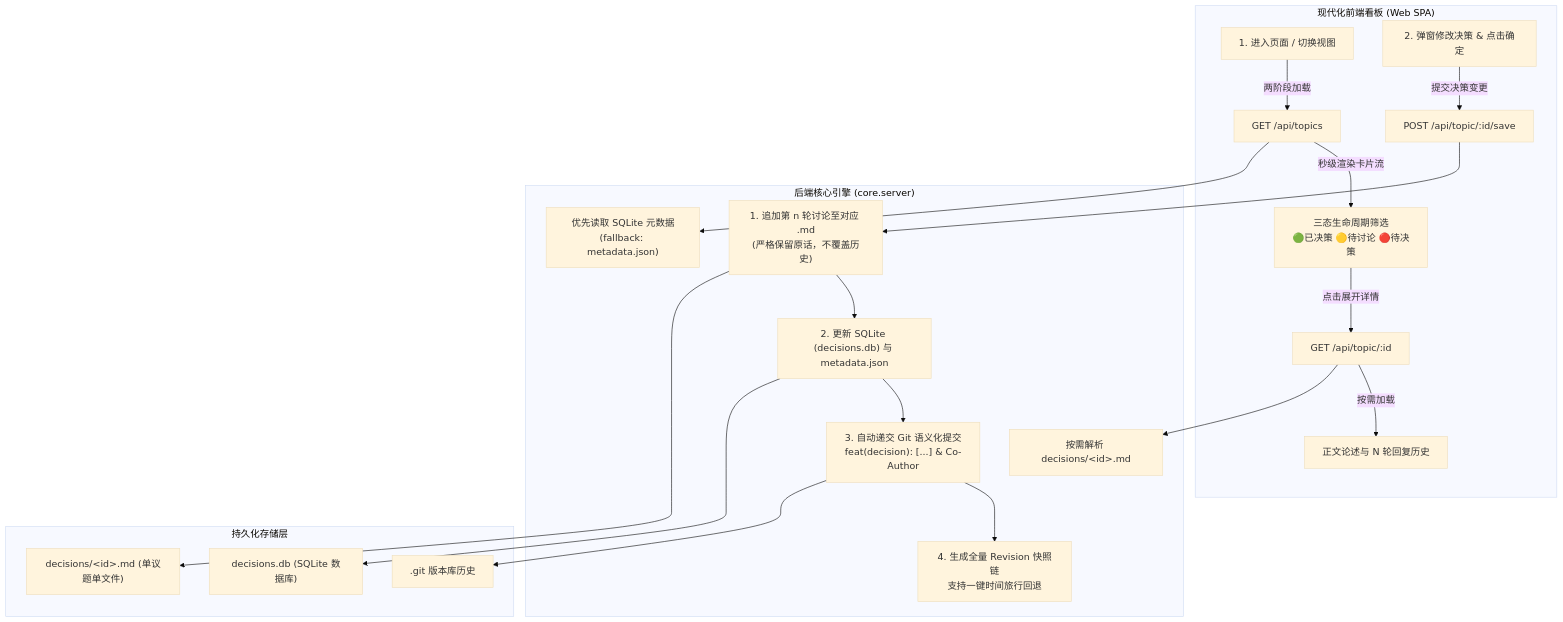
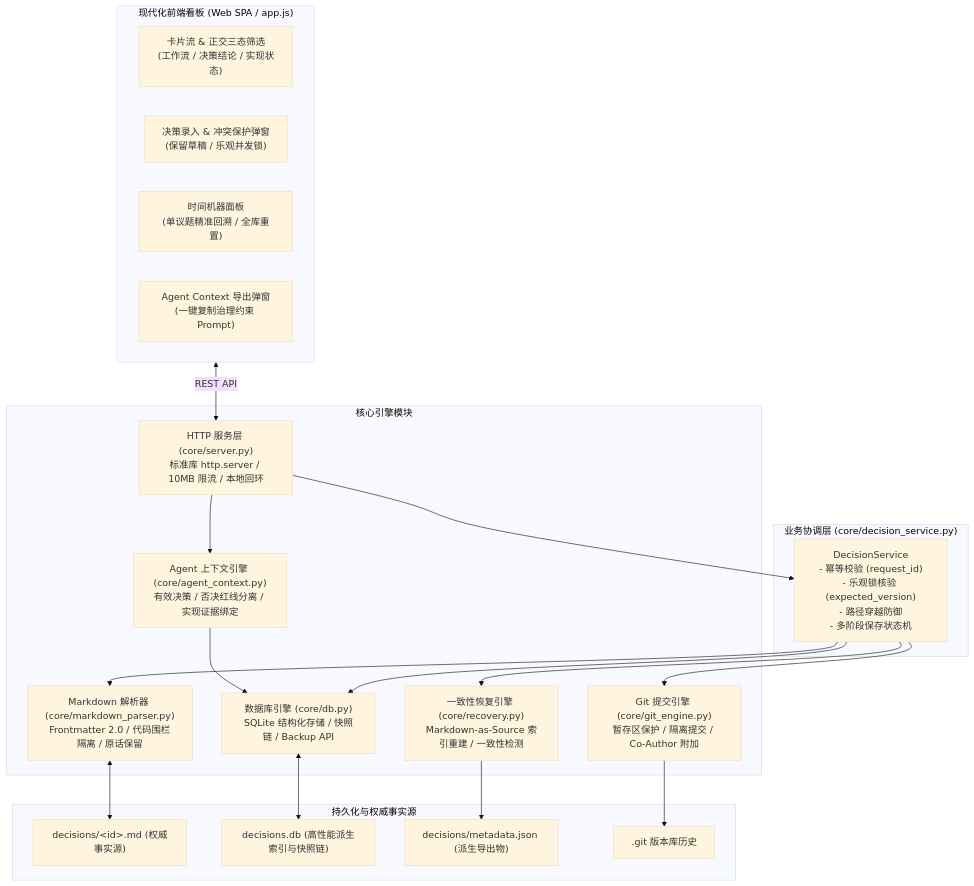
One commit to CyberNova2333/agent-decisions-dashboard changed the diagram in README.md. Above: the diagram before and after it, drawn with Mermaid (base theme). The commit also changed other lines of this file, not shown here.

First line of the commit message:
docs: 更新架构设计文档、安全规范与 Agent 集成指南

````diff
--- a/README.md
+++ b/README.md
@@ -18,25 +21,43 @@
 ```mermaid
 flowchart TD
-    subgraph UI["现代化前端看板 (Web SPA)"]
-        A1["1. 进入页面 / 切换视图"] -->|两阶段加载| API_META["GET /api/topics"]
-        API_META -->|秒级渲染卡片流| RENDER["三态生命周期筛选<br/>🟢已决策 🟡待讨论 🔴待决策"]
-        RENDER -->|点击展开详情| API_TOPIC["GET /api/topic/:id"]
-        API_TOPIC -->|按需加载| RENDER_MD["正文论述与 N 轮回复历史"]
-        MODAL["2. 弹窗修改决策 & 点击确定"] -->|提交决策变更| API_SAVE["POST /api/topic/:id/save"]
+    subgraph UI["现代化前端看板 (Web SPA / app.js)"]
+        CARD["卡片流 &amp; 正交三态筛选<br/>(工作流 / 决策结论 / 实现状态)"]
+        MODAL["决策录入 &amp; 冲突保护弹窗<br/>(保留草稿 / 乐观并发锁)"]
+        DRAWER["时间机器面板<br/>(单议题精准回溯 / 全库重置)"]
+        PROMPT["Agent Context 导出弹窗<br/>(一键复制治理约束 Prompt)"]
     end
 
-    subgraph Core["后端核心引擎 (core.server)"]
-        API_META --> DB_META["优先读取 SQLite 元数据<br/>(fallback: metadata.json)"]
-        API_TOPIC --> MD_PARSE["按需解析 decisions/&lt;id&gt;.md"]
-        API_SAVE --> MD_APPEND["1. 追加第 n 轮讨论至对应 .md<br/>(严格保留原话，不覆盖历史)"]
-        MD_APPEND --> DB_UPDATE["2. 更新 SQLite (decisions.db) 与 metadata.json"]
-        DB_UPDATE --> GIT_COMMIT["3. 自动递交 Git 语义化提交<br/>feat(decision): [...] & Co-Author"]
-        GIT_COMMIT --> SYNC_REV["4. 生成全量 Revision 快照链<br/>支持一键时间旅行回退"]
+    subgraph Service["业务协调层 (core/decision_service.py)"]
+        SVC["DecisionService<br/>- 幂等校验 (request_id)<br/>- 乐观锁核验 (expected_version)<br/>- 路径穿越防御<br/>- 多阶段保存状态机"]
     end
 
-    subgraph Store["持久化存储层"]
-        MD_APPEND --> DEC_FILES["decisions/&lt;id&gt;.md (单议题单文件)"]
-        DB_UPDATE --> DB_FILE["decisions.db (SQLite 数据库)"]
-        GIT_COMMIT --> GIT_REPO[".git 版本库历史"]
+    subgraph CoreModules["核心引擎模块"]
+        SERVER["HTTP 服务层 (core/server.py)<br/>标准库 http.server / 10MB 限流 / 本地回环"]
+        PARSER["Markdown 解析器 (core/markdown_parser.py)<br/>Frontmatter 2.0 / 代码围栏隔离 / 原话保留"]
+        DB["数据库引擎 (core/db.py)<br/>SQLite 结构化存储 / 快照链 / Backup API"]
+        GIT["Git 提交引擎 (core/git_engine.py)<br/>暂存区保护 / 隔离提交 / Co-Author 附加"]
+        RECOVERY["一致性恢复引擎 (core/recovery.py)<br/>Markdown-as-Source 索引重建 / 一致性检测"]
+        AGENT_CTX["Agent 上下文引擎 (core/agent_context.py)<br/>有效决策 / 否决红线分离 / 实现证据绑定"]
     end
+
+    subgraph Storage["持久化与权威事实源"]
+        MD_FILES["decisions/&lt;id&gt;.md (权威事实源)"]
+        SQLITE_DB["decisions.db (高性能派生索引与快照链)"]
+        META_JSON["decisions/metadata.json (派生导出物)"]
+        GIT_REPO[".git 版本库历史"]
+    end
+
+    UI <-->|REST API| SERVER
+    SERVER --> SVC
+    SVC --> PARSER
+    SVC --> DB
+    SVC --> GIT
+    SVC --> RECOVERY
+    SERVER --> AGENT_CTX
+    AGENT_CTX --> DB
+
+    PARSER <--> MD_FILES
+    DB <--> SQLITE_DB
+    RECOVERY --> META_JSON
+    GIT --> GIT_REPO
 ```
````
